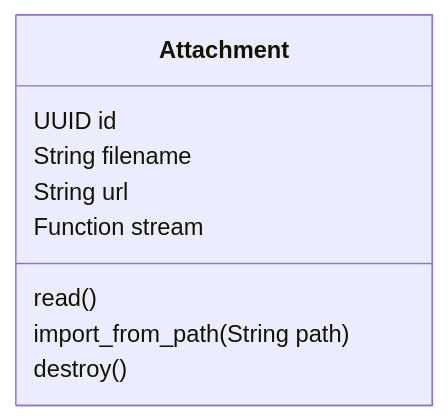
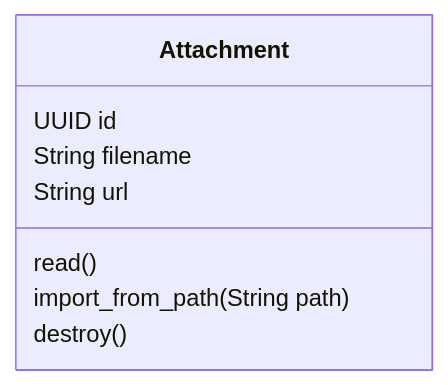
Before and after one commit to zebbra/data_aggregator: the diagram in lib/data_aggregator/files/files-mermaid-class-diagram.md, drawn with Mermaid. The commit also changed 87 other files, not shown here.

````diff
--- a/lib/data_aggregator/files/files-mermaid-class-diagram.md
+++ b/lib/data_aggregator/files/files-mermaid-class-diagram.md
@@ -1,15 +1,14 @@
 ```mermaid
 classDiagram
     class Attachment {
         UUID id
         String filename
         String url
-        Function stream
         read()
         import_from_path(String path)
         destroy()
     }
 
 
 
 ```
````
